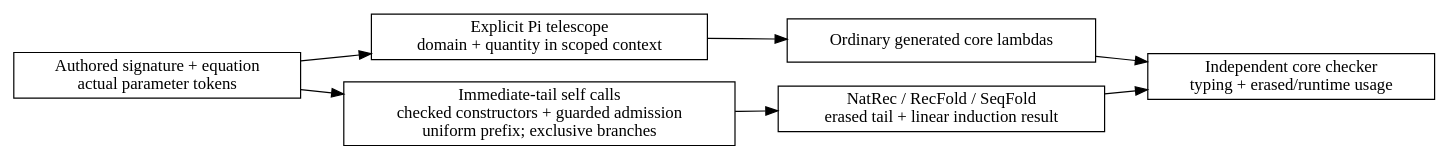
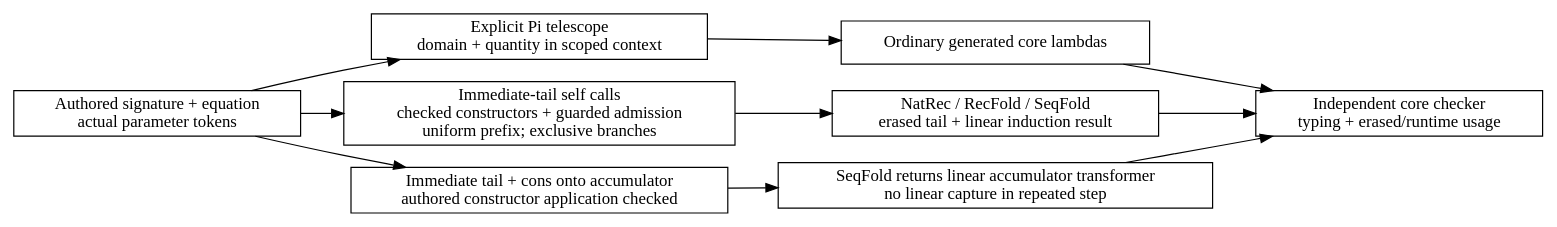
Before and after one commit to odunboye/fibril: the diagram in docs/diagrams/function-equations.dot, drawn with Graphviz. The commit also changed 9 other files, not shown here.

Commit message:
Lower linear list accumulator equations to folds

```diff
--- a/docs/diagrams/function-equations.dot
+++ b/docs/diagrams/function-equations.dot
@@ -1,12 +1,15 @@
 digraph FunctionEquations {
   rankdir=LR;
   node [shape=box];
   source [label="Authored signature + equation\nactual parameter tokens"];
   pi [label="Explicit Pi telescope\ndomain + quantity in scoped context"];
   body [label="Ordinary generated core lambdas"];
   structural [label="Immediate-tail self calls\nchecked constructors + guarded admission\nuniform prefix; exclusive branches"];
   fold [label="NatRec / RecFold / SeqFold\nerased tail + linear induction result"];
+  accumulator [label="Immediate tail + cons onto accumulator\nauthored constructor application checked"];
+  continuation [label="SeqFold returns linear accumulator transformer\nno linear capture in repeated step"];
   check [label="Independent core checker\ntyping + erased/runtime usage"];
   source -> pi -> body -> check;
   source -> structural -> fold -> check;
+  source -> accumulator -> continuation -> check;
 }
```
